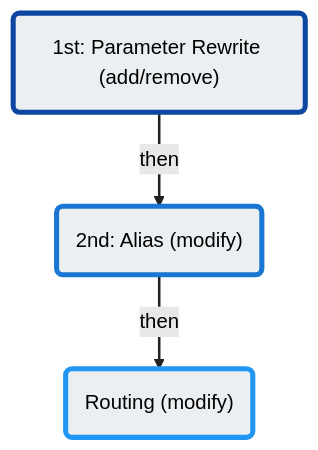
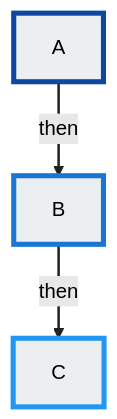
Before and after one commit to connexcs/docs: the diagram in docs/number-manipulation.md, drawn with Mermaid (forest theme).

Commit message:
Update number-manipulation.md
fix mermaid

````diff
--- a/docs/number-manipulation.md
+++ b/docs/number-manipulation.md
@@ -4,9 +4,9 @@
 ```mermaid
 graph TD
-A("1st: Parameter Rewrite (add/remove)") -->|then| B("2nd: Alias (modify)") -->|then| C("Routing (modify)")
+A -->|then| B -->|then| C
 style A fill:#ECEFF1,stroke:#0D47A1,stroke-width:4px
 style B fill:#ECEFF1,stroke:#1976D2,stroke-width:4px
 style C fill:#ECEFF1,stroke:#2196F3,stroke-width:4px
 linkStyle 0 stroke:#212121,stroke-width:2px
 linkStyle 1 stroke:#212121,stroke-width:2px
 ```
````
